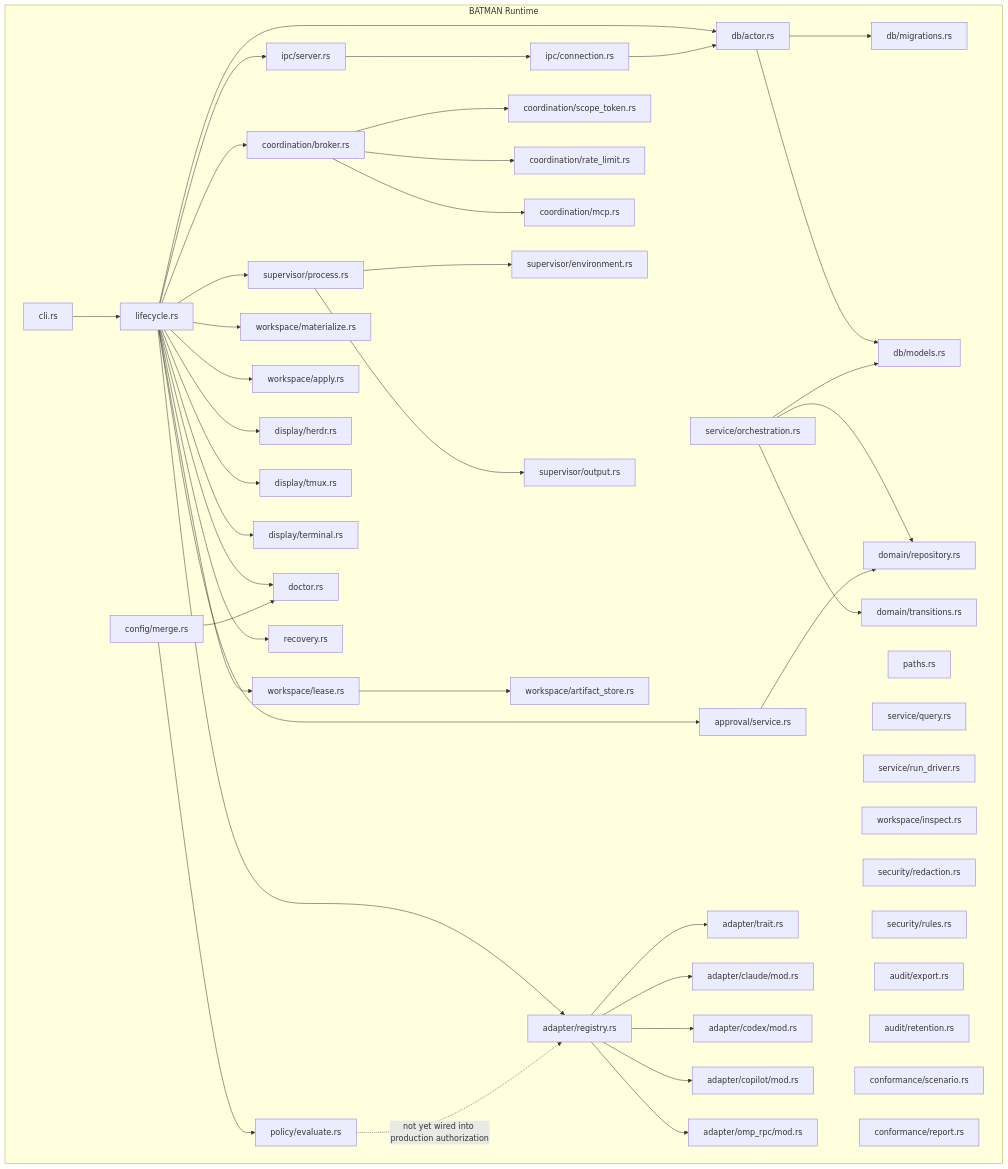
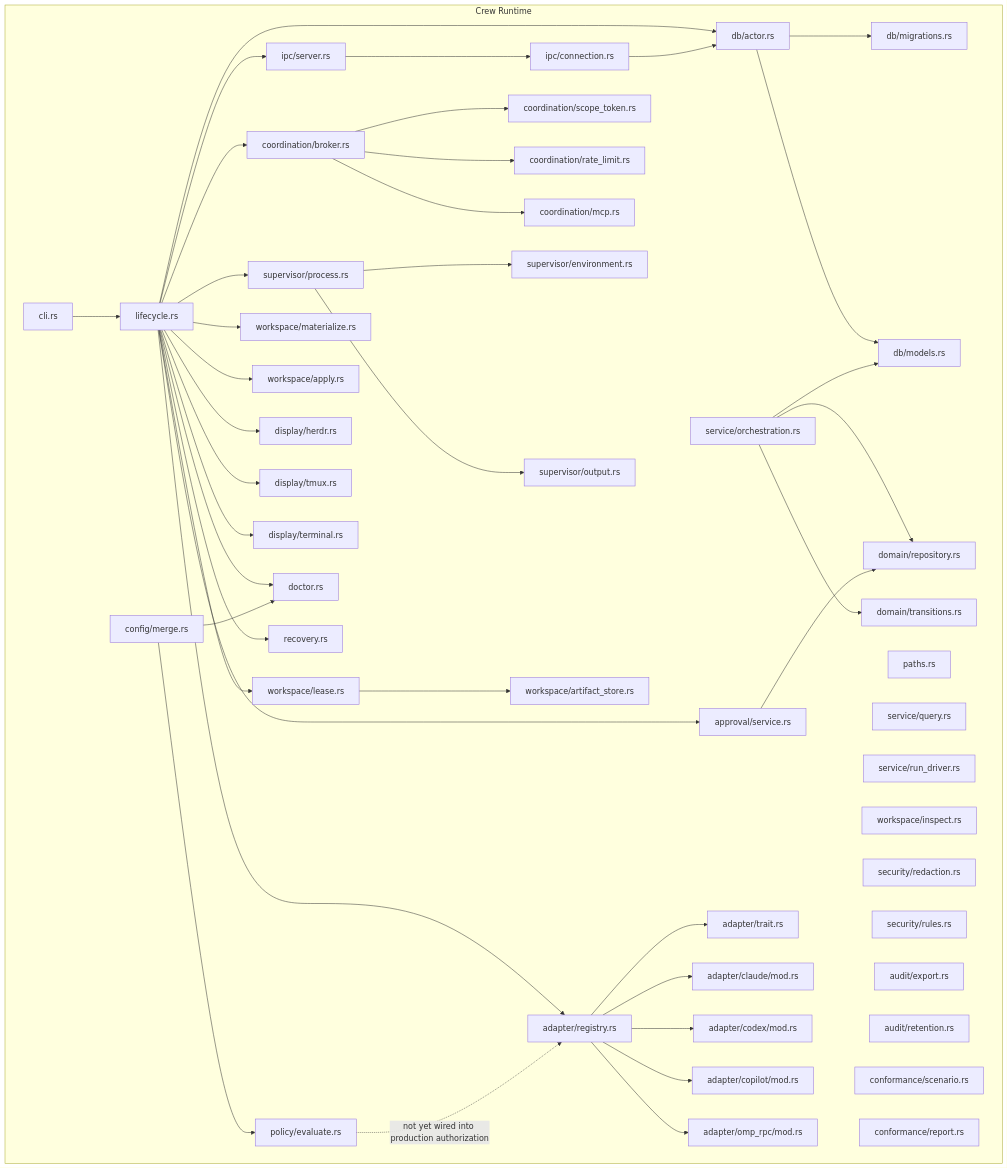
The fourth of 5 diagrams in docs/architecture.md (nikolasd/batman), drawn with Mermaid before and after one commit. The commit also changed other lines of this file and 14 other files, not shown here.

First line of the commit message:
docs: batman -> crew across living documentation

````diff
--- a/docs/architecture.md
+++ b/docs/architecture.md
@@ -214,6 +214,6 @@
 ```mermaid
 graph TB
-    subgraph "BATMAN Runtime"
+    subgraph "Crew Runtime"
         CLI[cli.rs]
         LC[lifecycle.rs]
         DO[doctor.rs]
````
